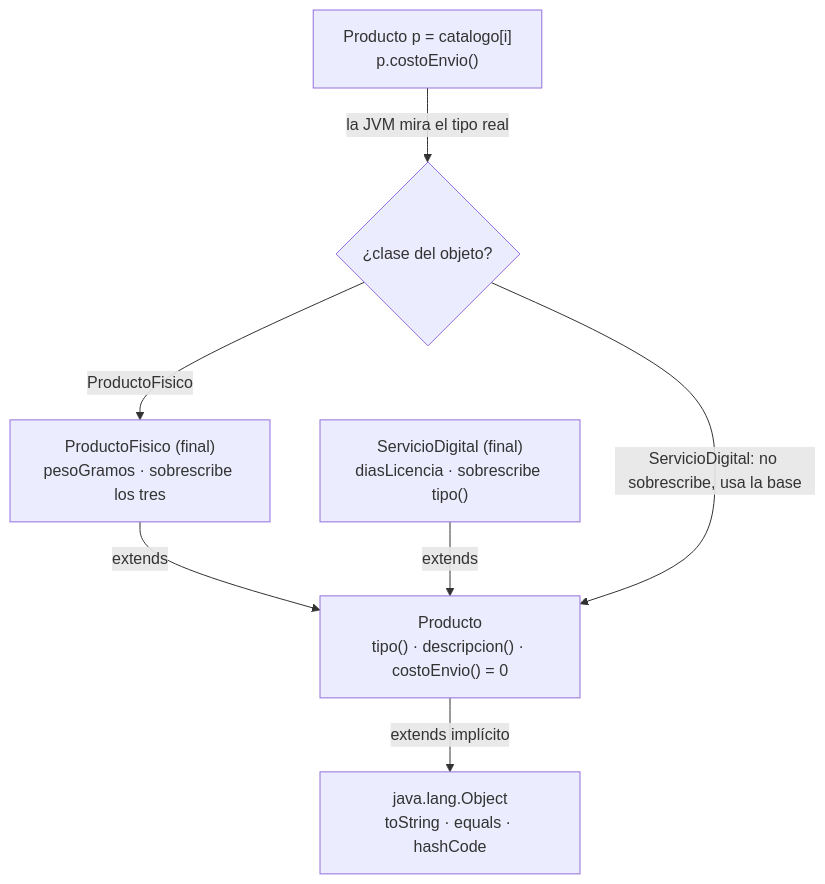
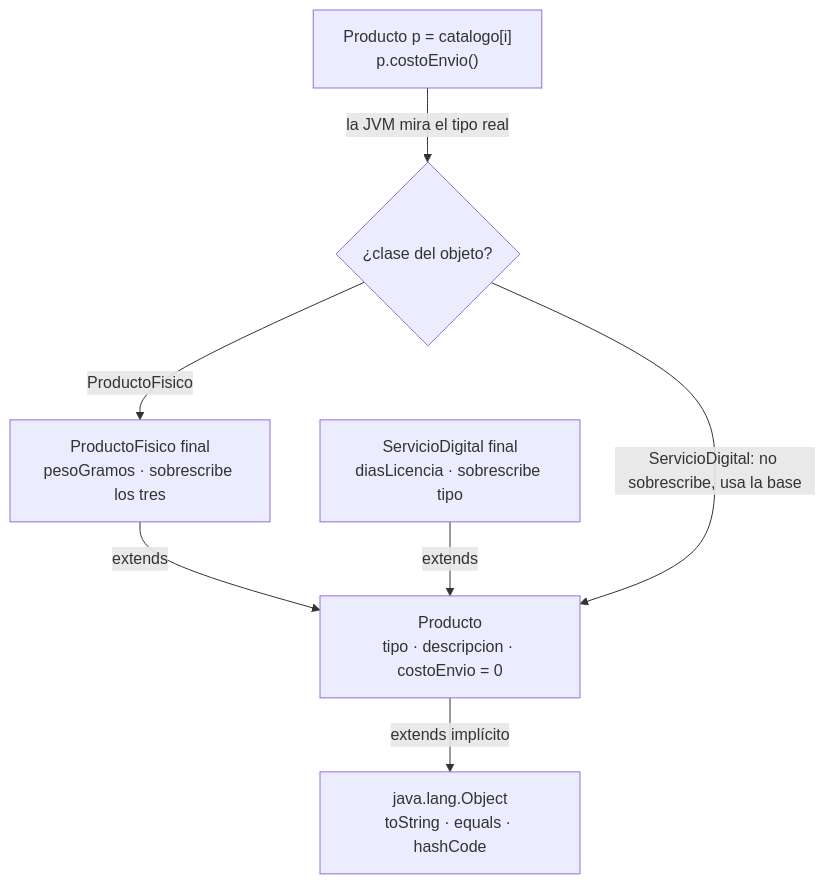
The second of 6 diagrams in web/public/content/java/modulo-1.md (NICORUIZ93/The_Imperial_Book), drawn with Mermaid before and after one commit. The commit also changed other lines of this file and 65 other files, not shown here.

````diff
--- a/web/public/content/java/modulo-1.md
+++ b/web/public/content/java/modulo-1.md
@@ -2248,13 +2373,13 @@
 ```mermaid
 flowchart TB
     O["java.lang.Object<br/>toString · equals · hashCode"]
-    P["Producto<br/>tipo() · descripcion() · costoEnvio() = 0"]
-    F["ProductoFisico (final)<br/>pesoGramos · sobrescribe los tres"]
-    S["ServicioDigital (final)<br/>diasLicencia · sobrescribe tipo()"]
+    P["Producto<br/>tipo · descripcion · costoEnvio = 0"]
+    F["ProductoFisico final<br/>pesoGramos · sobrescribe los tres"]
+    S["ServicioDigital final<br/>diasLicencia · sobrescribe tipo"]
     P -->|"extends implícito"| O
     F -->|"extends"| P
     S -->|"extends"| P
     V["Producto p = catalogo[i]<br/>p.costoEnvio()"] -->|"la JVM mira el tipo real"| D{"¿clase del objeto?"}
     D -->|"ProductoFisico"| F
     D -->|"ServicioDigital: no sobrescribe, usa la base"| P
 ```
````
